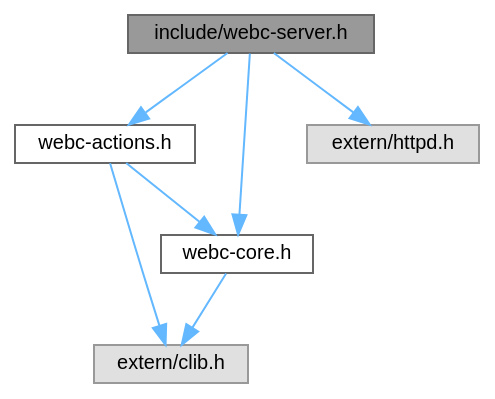
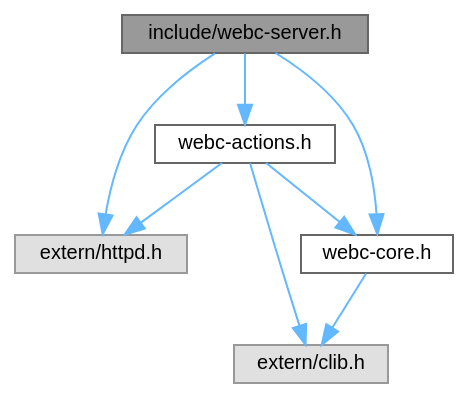
Before and after one commit to KDesp73/webc-docs: the diagram in docs/webc-server_8h__incl.dot, drawn with Graphviz. The commit also changed 51 other files, not shown here.

```diff
--- a/docs/webc-server_8h__incl.dot
+++ b/docs/webc-server_8h__incl.dot
@@ -1,18 +1,19 @@
 digraph "include/webc-server.h"
 {
  // LATEX_PDF_SIZE
   bgcolor="transparent";
   edge [fontname=Helvetica,fontsize=10,labelfontname=Helvetica,labelfontsize=10];
   node [fontname=Helvetica,fontsize=10,shape=box,height=0.2,width=0.4];
   Node1 [id="Node000001",label="include/webc-server.h",height=0.2,width=0.4,color="gray40", fillcolor="grey60", style="filled", fontcolor="black",tooltip=" "];
   Node1 -> Node2 [id="edge1_Node000001_Node000002",color="steelblue1",style="solid",tooltip=" "];
   Node2 [id="Node000002",label="webc-actions.h",height=0.2,width=0.4,color="grey40", fillcolor="white", style="filled",URL="$webc-actions_8h.html",tooltip=" "];
   Node2 -> Node3 [id="edge2_Node000002_Node000003",color="steelblue1",style="solid",tooltip=" "];
-  Node3 [id="Node000003",label="extern/clib.h",height=0.2,width=0.4,color="grey60", fillcolor="#E0E0E0", style="filled",tooltip=" "];
+  Node3 [id="Node000003",label="extern/httpd.h",height=0.2,width=0.4,color="grey60", fillcolor="#E0E0E0", style="filled",tooltip=" "];
   Node2 -> Node4 [id="edge3_Node000002_Node000004",color="steelblue1",style="solid",tooltip=" "];
-  Node4 [id="Node000004",label="webc-core.h",height=0.2,width=0.4,color="grey40", fillcolor="white", style="filled",URL="$webc-core_8h.html",tooltip=" "];
-  Node4 -> Node3 [id="edge4_Node000004_Node000003",color="steelblue1",style="solid",tooltip=" "];
-  Node1 -> Node4 [id="edge5_Node000001_Node000004",color="steelblue1",style="solid",tooltip=" "];
+  Node4 [id="Node000004",label="extern/clib.h",height=0.2,width=0.4,color="grey60", fillcolor="#E0E0E0", style="filled",tooltip=" "];
+  Node2 -> Node5 [id="edge4_Node000002_Node000005",color="steelblue1",style="solid",tooltip=" "];
+  Node5 [id="Node000005",label="webc-core.h",height=0.2,width=0.4,color="grey40", fillcolor="white", style="filled",URL="$webc-core_8h.html",tooltip=" "];
+  Node5 -> Node4 [id="edge5_Node000005_Node000004",color="steelblue1",style="solid",tooltip=" "];
   Node1 -> Node5 [id="edge6_Node000001_Node000005",color="steelblue1",style="solid",tooltip=" "];
-  Node5 [id="Node000005",label="extern/httpd.h",height=0.2,width=0.4,color="grey60", fillcolor="#E0E0E0", style="filled",tooltip=" "];
+  Node1 -> Node3 [id="edge7_Node000001_Node000003",color="steelblue1",style="solid",tooltip=" "];
 }
```
